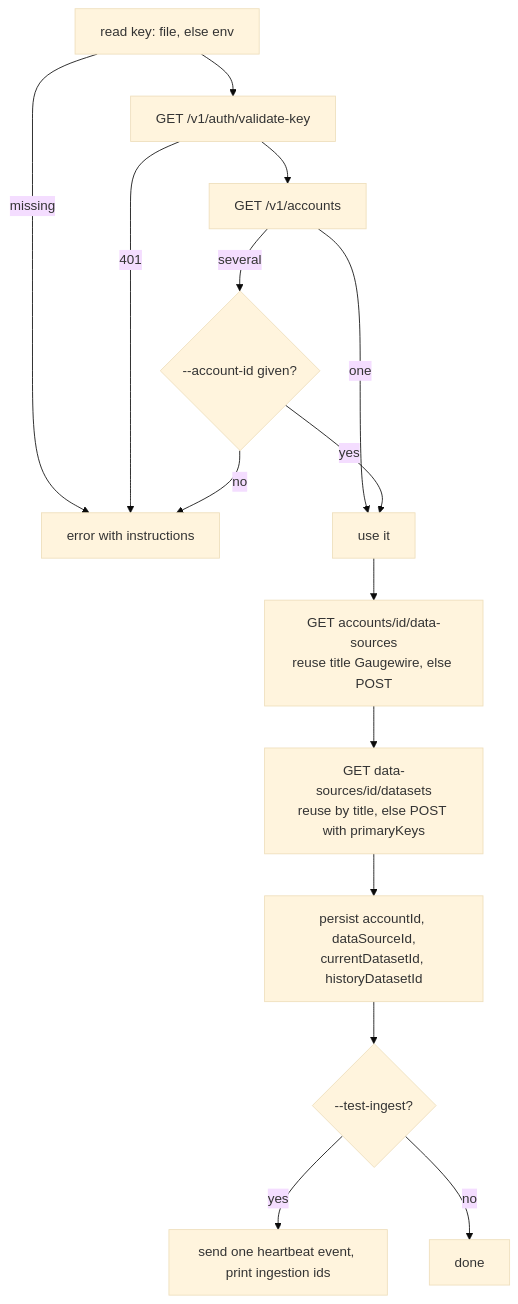
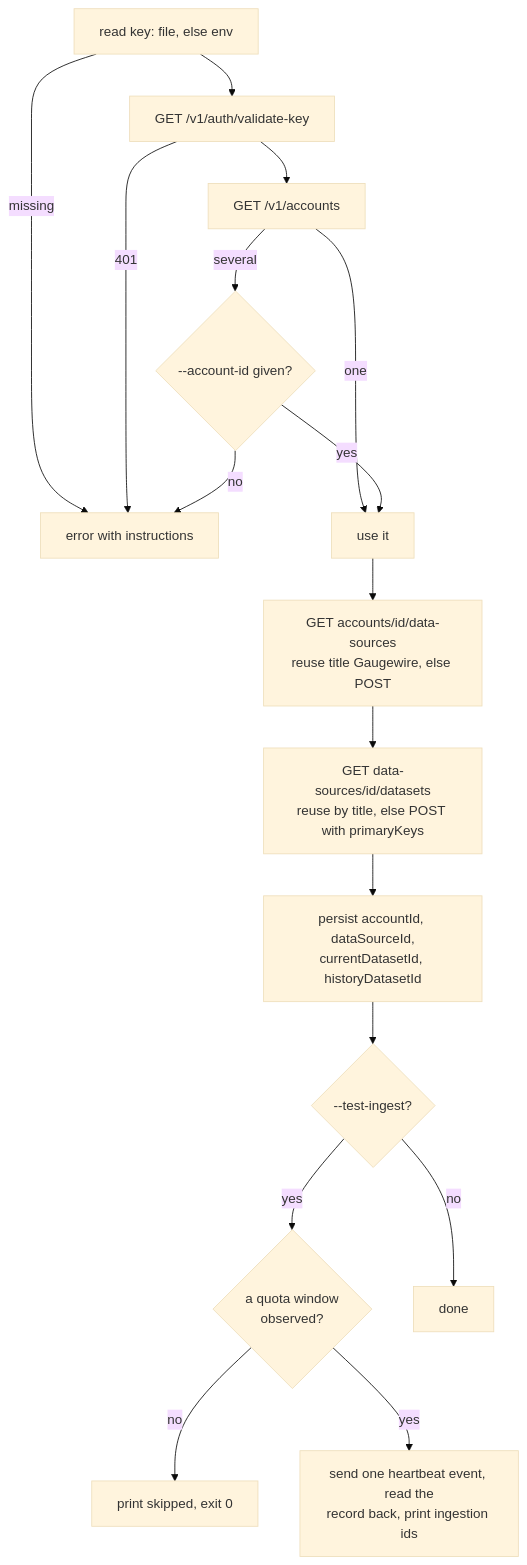
One commit to sulcer/gaugewire changed the second of 2 diagrams in docs/spec/gaugewire/databox-sink.md. Above: the diagram before and after it, drawn with Mermaid (base theme). The commit also changed other lines of this file and 3 other files, not shown here.

Commit message:
fix: skip the test ingest until a window is observed

````diff
--- a/docs/spec/gaugewire/databox-sink.md
+++ b/docs/spec/gaugewire/databox-sink.md
@@ -135,17 +135,19 @@
 ```mermaid
 flowchart TD
     A[read key: file, else env] -->|missing| E[error with instructions]
     A --> B[GET /v1/auth/validate-key]
     B -->|401| E
     B --> C[GET /v1/accounts]
     C -->|one| D[use it]
     C -->|several| F{"--account-id given?"}
     F -->|no| E
     F -->|yes| D
     D --> G[GET accounts/id/data-sources<br/>reuse title Gaugewire, else POST]
     G --> H[GET data-sources/id/datasets<br/>reuse by title, else POST with primaryKeys]
     H --> I[persist accountId, dataSourceId,<br/>currentDatasetId, historyDatasetId]
     I --> J{"--test-ingest?"}
-    J -->|yes| K[send one heartbeat event, print ingestion ids]
+    J -->|yes| O{"a quota window<br/>observed?"}
+    O -->|no| S[print skipped, exit 0]
+    O -->|yes| K[send one heartbeat event, read the<br/>record back, print ingestion ids]
     J -->|no| L[done]
 ```
````
